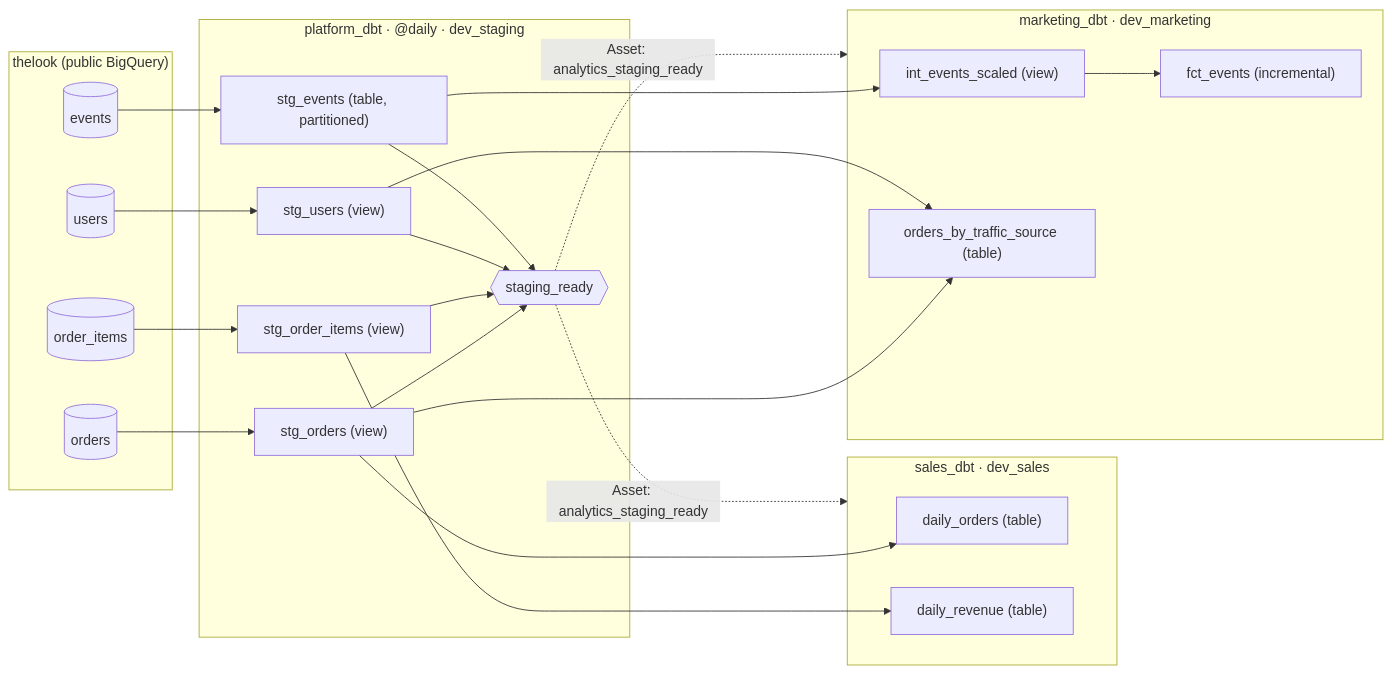
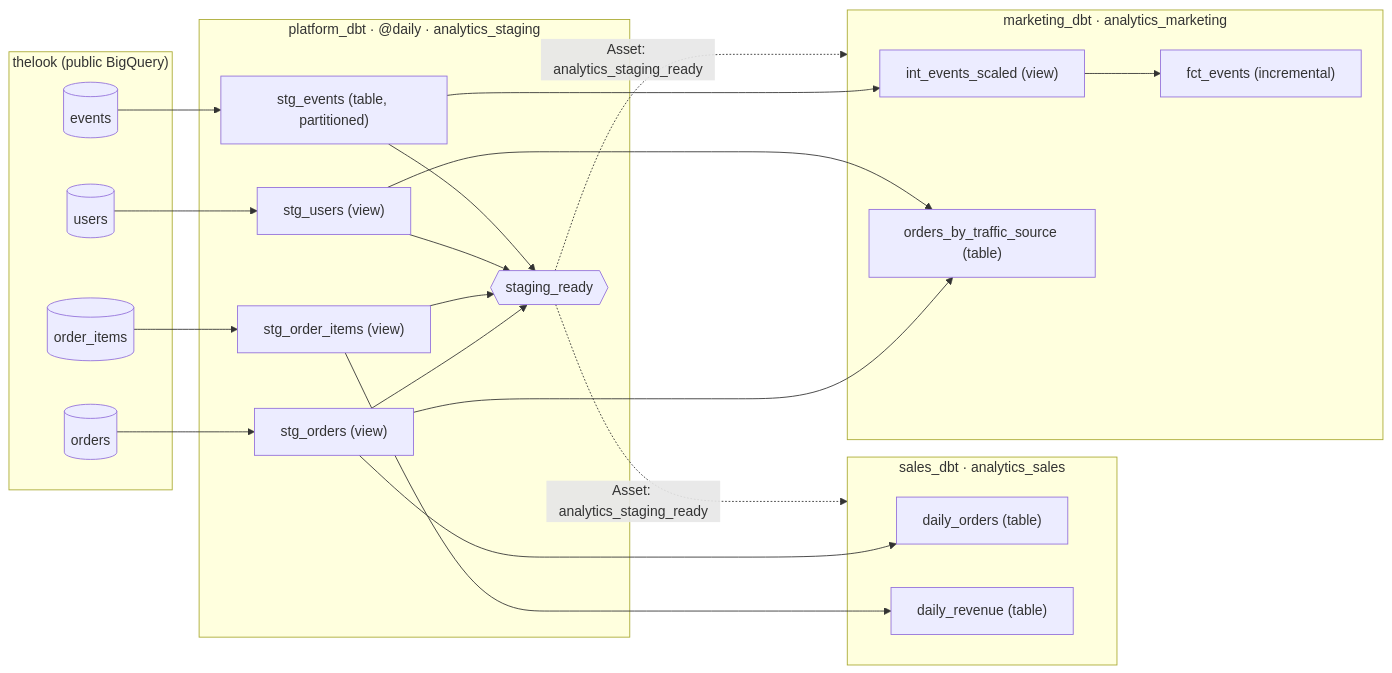
Before and after one commit to georgezefko/airflow-monorepo: the diagram in docs/diagrams/dags-and-tables.md, drawn with Mermaid. The commit also changed 1 other file, not shown here.

````diff
--- a/docs/diagrams/dags-and-tables.md
+++ b/docs/diagrams/dags-and-tables.md
@@ -6,42 +6,42 @@
 ```mermaid
 flowchart LR
     subgraph src["thelook (public BigQuery)"]
         s_orders[(orders)]
         s_items[(order_items)]
         s_users[(users)]
         s_events[(events)]
     end
 
-    subgraph platform["platform_dbt · @daily · dev_staging"]
+    subgraph platform["platform_dbt · @daily · analytics_staging"]
         stg_orders["stg_orders (view)"]
         stg_items["stg_order_items (view)"]
         stg_users["stg_users (view)"]
         stg_events["stg_events (table, partitioned)"]
         ready{{staging_ready}}
     end
 
-    subgraph sales["sales_dbt · dev_sales"]
+    subgraph sales["sales_dbt · analytics_sales"]
         daily_orders["daily_orders (table)"]
         daily_revenue["daily_revenue (table)"]
     end
 
-    subgraph marketing["marketing_dbt · dev_marketing"]
+    subgraph marketing["marketing_dbt · analytics_marketing"]
         int_events["int_events_scaled (view)"]
         fct_events["fct_events (incremental)"]
         by_source["orders_by_traffic_source (table)"]
     end
 
     s_orders --> stg_orders
     s_items --> stg_items
     s_users --> stg_users
     s_events --> stg_events
 
     stg_orders & stg_items & stg_users & stg_events --> ready
     ready -. "Asset: analytics_staging_ready" .-> sales & marketing
 
     stg_orders --> daily_orders
     stg_items --> daily_revenue
     stg_orders --> by_source
     stg_users --> by_source
     stg_events --> int_events --> fct_events
 ```
````
